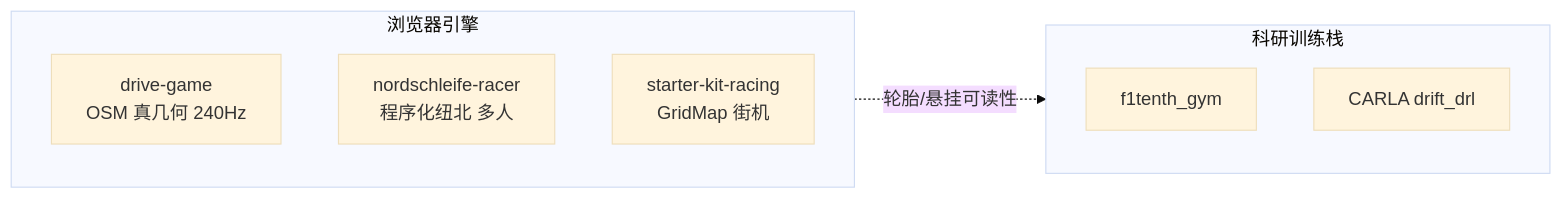
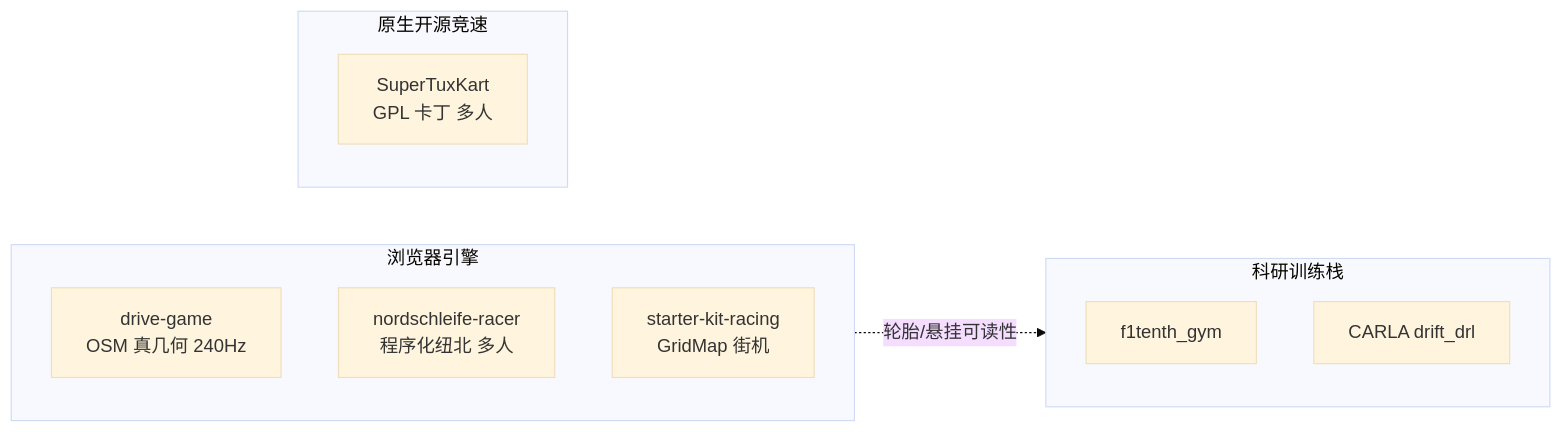
One commit to ImChong/Robotics_Notebooks changed the second of 2 diagrams in wiki/overview/racing-drift-rl-open-source-landscape.md. Above: the diagram before and after it, drawn with Mermaid (base theme). The commit also changed other lines of this file and 6 other files, not shown here.

Commit message:
[2026-09-18] ingest | sources/repos/supertuxkart-stk-code.md — 接入 SuperTuxKart 开源卡丁车实体与双仓编译归档

````diff
--- a/wiki/overview/racing-drift-rl-open-source-landscape.md
+++ b/wiki/overview/racing-drift-rl-open-source-landscape.md
@@ -111,13 +112,16 @@
 ```mermaid
 flowchart LR
   subgraph browser ["浏览器引擎"]
     DG[drive-game<br/>OSM 真几何 240Hz]
     NR[nordschleife-racer<br/>程序化纽北 多人]
     SK[starter-kit-racing<br/>GridMap 街机]
   end
+  subgraph native ["原生开源竞速"]
+    STK[SuperTuxKart<br/>GPL 卡丁 多人]
+  end
   subgraph research ["科研训练栈"]
     FG[f1tenth_gym]
     CL[CARLA drift_drl]
   end
   browser -.->|"轮胎/悬挂可读性"| research
 ```
````
